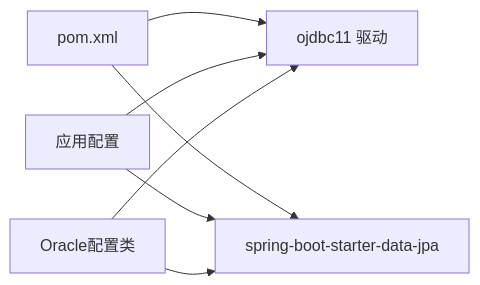
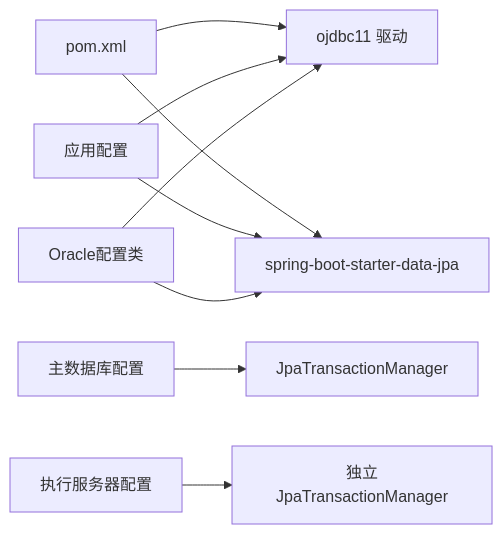
The third of 3 diagrams in .qoder/repowiki/zh/content/配置管理/数据库配置.md (liuzh2008/med_ai_assistant_workspace), drawn with Mermaid before and after one commit. The commit also changed other lines of this file and 4 other files, not shown here.

````diff
--- a/.qoder/repowiki/zh/content/配置管理/数据库配置.md
+++ b/.qoder/repowiki/zh/content/配置管理/数据库配置.md
@@ -264,9 +351,11 @@
 ```mermaid
 graph LR
 POM["pom.xml"] --> OJ["ojdbc11 驱动"]
 POM --> JPA["spring-boot-starter-data-jpa"]
 APP["应用配置"] --> OJ
 APP --> JPA
 CONFIG["Oracle配置类"] --> OJ
 CONFIG --> JPA
+DB_CONFIG["主数据库配置"] --> TXN["JpaTransactionManager"]
+EXEC_CONFIG["执行服务器配置"] --> EXEC_TXN["独立JpaTransactionManager"]
 ```
````
